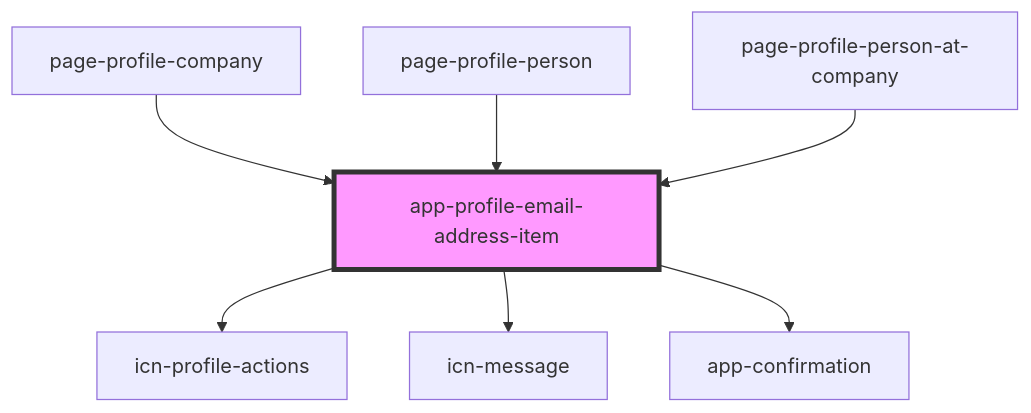
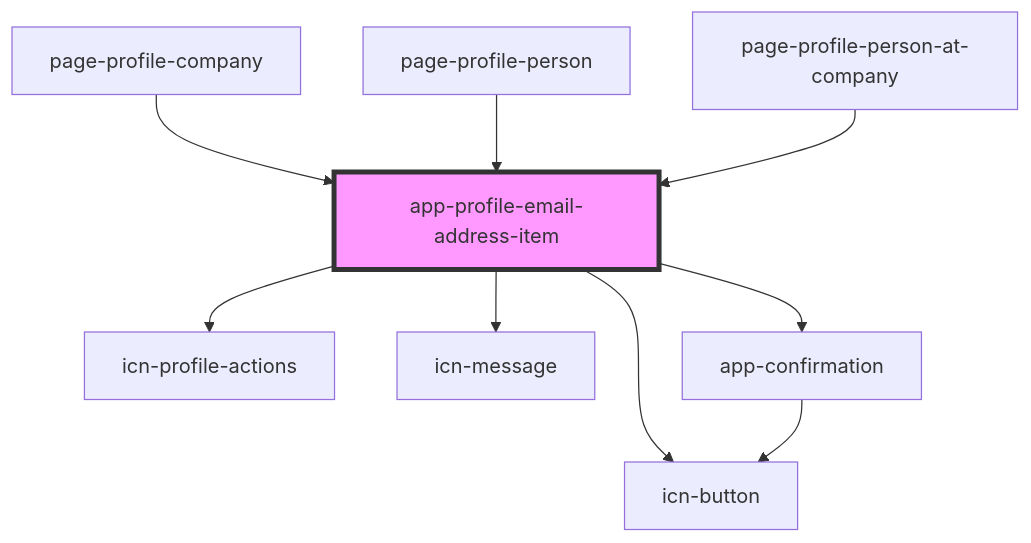
One commit to lokheed/IconEventNetwork.Web changed the diagram in iconeventnetwork-web/src/components/app-profile-email-address-item/readme.md. Above: the diagram before and after it, drawn with Mermaid. The commit also changed other lines of this file and 61 other files, not shown here.

First line of the commit message:
Created icn-button component

````diff
--- a/iconeventnetwork-web/src/components/app-profile-email-address-item/readme.md
+++ b/iconeventnetwork-web/src/components/app-profile-email-address-item/readme.md
@@ -42,10 +43,12 @@
 ```mermaid
 graph TD;
   app-profile-email-address-item --> icn-profile-actions
   app-profile-email-address-item --> icn-message
+  app-profile-email-address-item --> icn-button
   app-profile-email-address-item --> app-confirmation
+  app-confirmation --> icn-button
   page-profile-company --> app-profile-email-address-item
   page-profile-person --> app-profile-email-address-item
   page-profile-person-at-company --> app-profile-email-address-item
   style app-profile-email-address-item fill:#f9f,stroke:#333,stroke-width:4px
 ```
````
